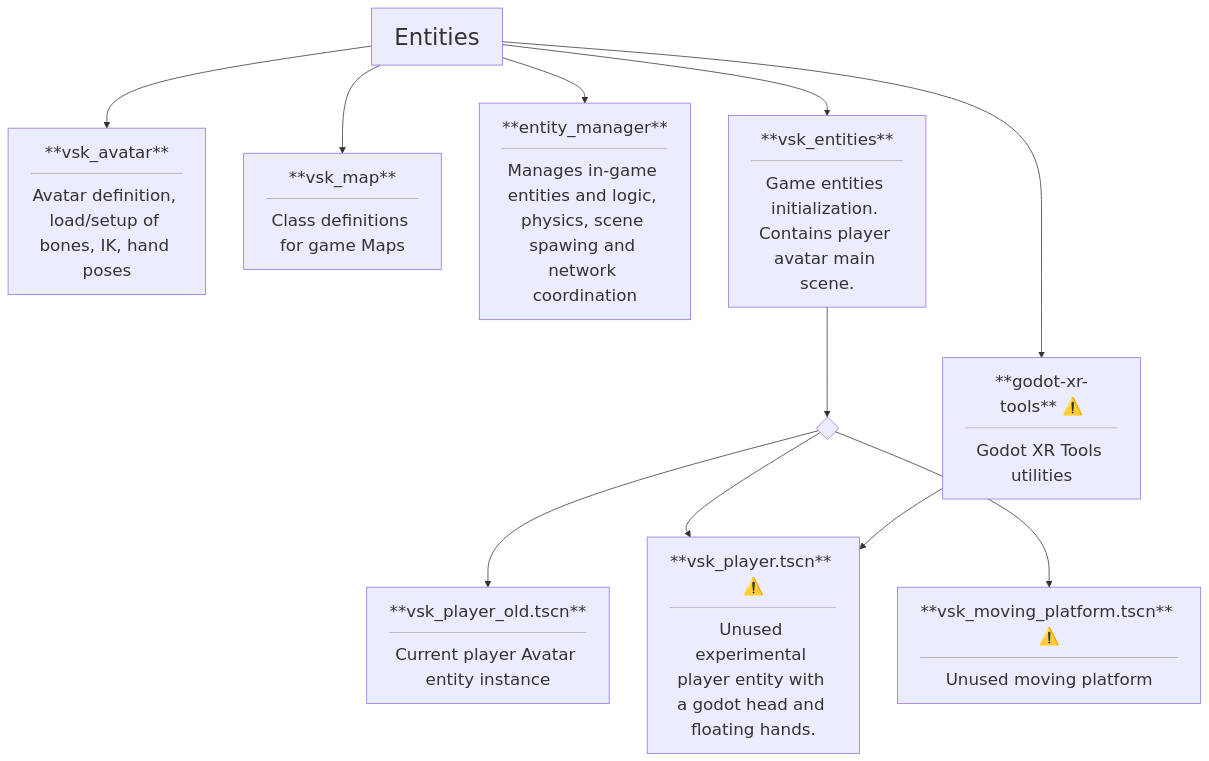
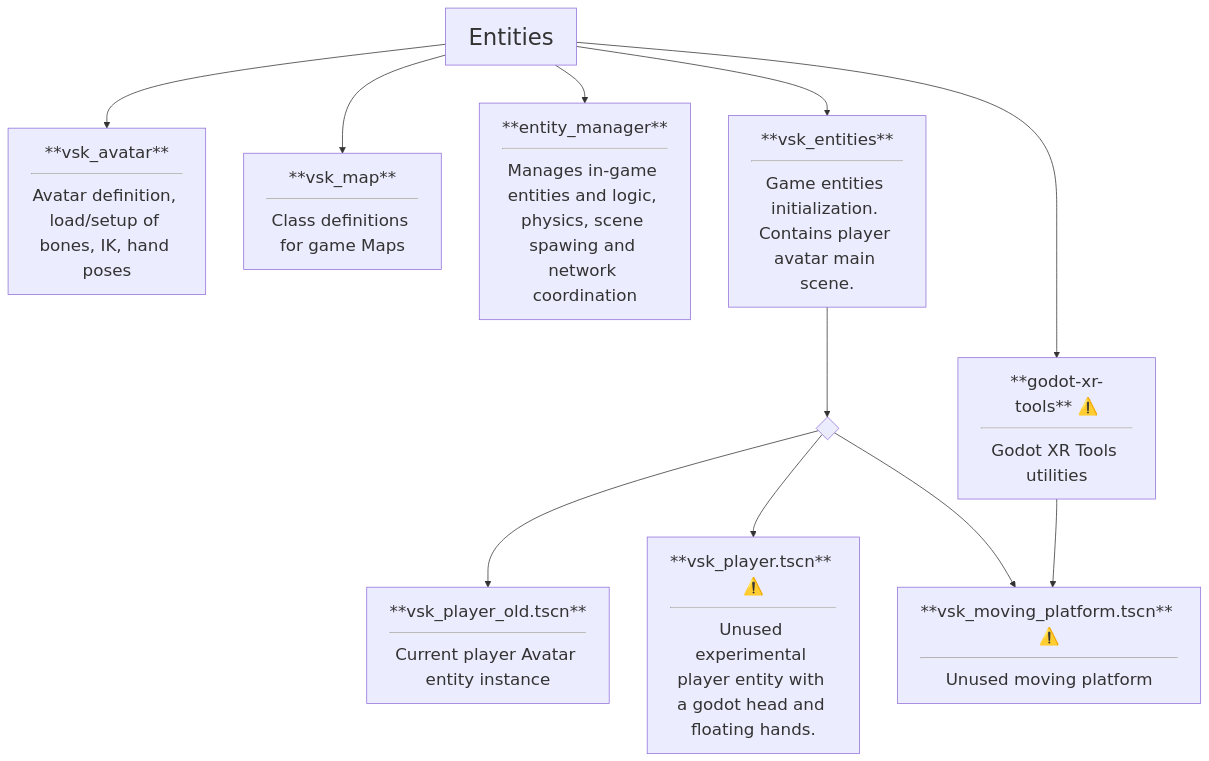
The fourth of 8 diagrams in test2.md (dragonhunt02/v-sekai-game), drawn with Mermaid before and after one commit. The commit also changed other lines of this file, not shown here.

````diff
--- a/test2.md
+++ b/test2.md
@@ -48,18 +50,18 @@
 ```mermaid
 %%{init: {'themeVariables': { 'fontSize': '22px' }}}%%
 flowchart TD
-        Entities --> addon35[**vsk_avatar**<hr>Avatar definition, load/setup of bones, IK, hand poses]
-        Entities --> addon4[**vsk_map**<hr>Class definitions for game Maps]
-        Entities --> addon30[**entity_manager**<hr>Manages in-game entities and logic, physics, scene spawing and network coordination]
-        Entities --> addon36[**vsk_entities**<hr>Game entities initialization. Contains player avatar main scene.]
-            addon36 --> ctrl0{" "}
-            ctrl0 --> dir2[**vsk_player_old.tscn**<hr>Current player Avatar entity instance]
-            ctrl0 --> dir3[**vsk_player.tscn** ⚠️<hr>Unused experimental player entity with a godot head and floating hands.]
-            ctrl0 --> dir4[**vsk_moving_platform.tscn** ⚠️<hr>Unused moving platform]
-        Entities --> addon40[**godot-xr-tools** ⚠️<hr>Godot XR Tools utilities]
-        addon40 --> dir3
+        Entities --> addon13[**vsk_avatar**<hr>Avatar definition, load/setup of bones, IK, hand poses]
+        Entities --> addon14[**vsk_map**<hr>Class definitions for game Maps]
+        Entities --> addon15[**entity_manager**<hr>Manages in-game entities and logic, physics, scene spawing and network coordination]
+        Entities --> addon16[**vsk_entities**<hr>Game entities initialization. Contains player avatar main scene.]
+            addon16 --> ctrl1{" "}
+            ctrl1 --> dir1[**vsk_player_old.tscn**<hr>Current player Avatar entity instance]
+            ctrl1 --> dir2[**vsk_player.tscn** ⚠️<hr>Unused experimental player entity with a godot head and floating hands.]
+            ctrl1 --> dir3[**vsk_moving_platform.tscn** ⚠️<hr>Unused moving platform]
+        Entities --> addon17[**godot-xr-tools** ⚠️<hr>Godot XR Tools utilities]
+        addon17 --> dir3
 
     classDef Category font-size:30px
     class Entities Category
 
 ```
````
